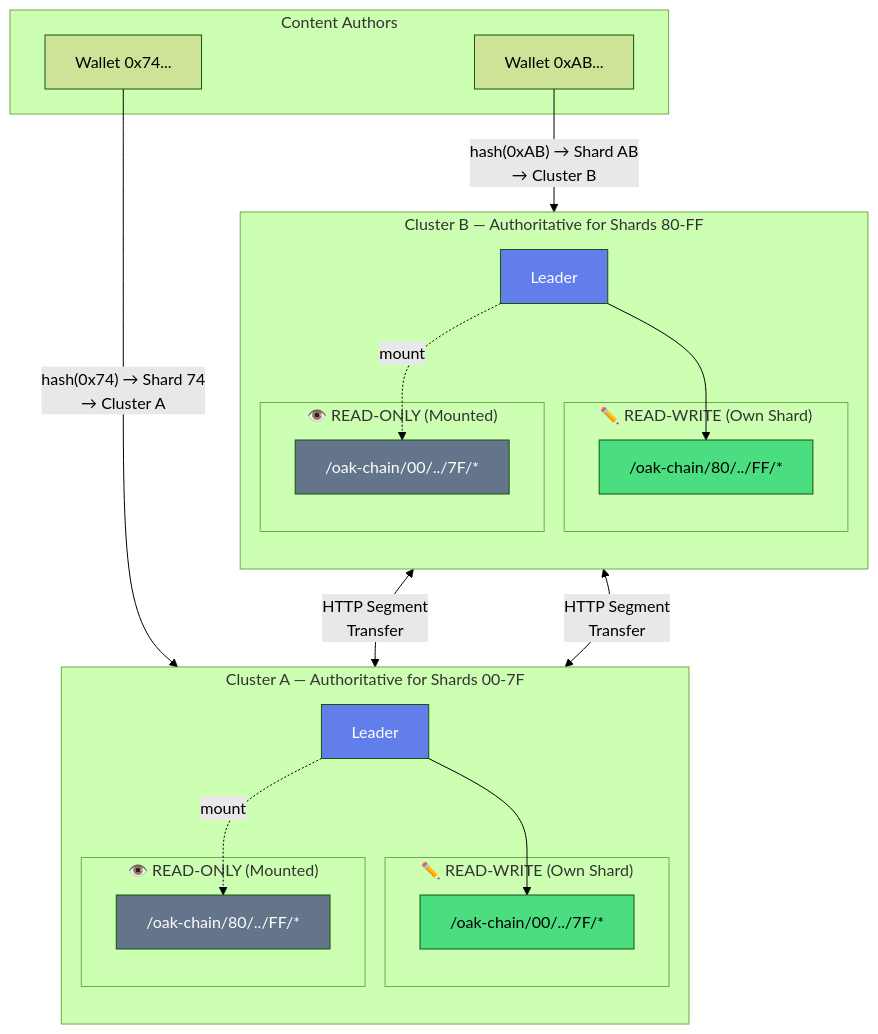
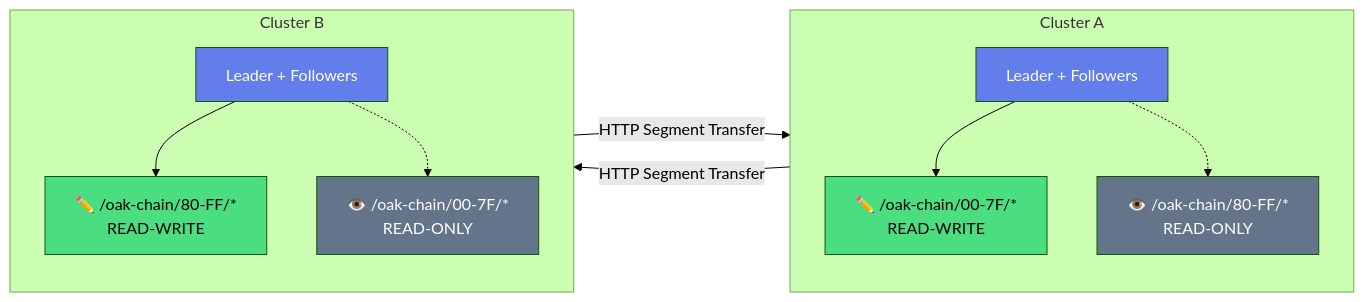
The diagram in index.md (somarc/oak-chain-docs), drawn with Mermaid (forest theme) before and after one commit. The commit also changed other lines of this file, not shown here.

Commit message:
fix: Simplify diagram - focus on cluster sovereignty
- Removed confusing 'Content Authors' top bar
- Horizontal layout showing two clusters side-by-side
- Clear READ-WRITE (green) vs READ-ONLY (gray) distinction
- HTTP Segment Transfer arrows between clusters
- Concise table and wallet routing explanation below

````diff
--- a/index.md
+++ b/index.md
@@ -51,44 +51,30 @@
 ```mermaid
-graph TB
-    subgraph Authors["Content Authors"]
-        A1["Wallet 0x74..."]
-        A2["Wallet 0xAB..."]
+graph LR
+    subgraph ClusterA["Cluster A"]
+        direction TB
+        LA[Leader + Followers]
+        SA["✏️ /oak-chain/00-7F/*<br/>READ-WRITE"]
+        MA["👁️ /oak-chain/80-FF/*<br/>READ-ONLY"]
+        LA --> SA
+        LA -.-> MA
     end
     
-    subgraph ClusterA["Cluster A — Authoritative for Shards 00-7F"]
+    subgraph ClusterB["Cluster B"]
         direction TB
-        subgraph WriteA["✏️ READ-WRITE (Own Shard)"]
-            SA["/oak-chain/00/../7F/*"]
-        end
-        subgraph ReadA["👁️ READ-ONLY (Mounted)"]
-            MA["/oak-chain/80/../FF/*"]
-        end
-        LA[Leader] --> SA
-        LA -.->|mount| MA
+        LB[Leader + Followers]
+        SB["✏️ /oak-chain/80-FF/*<br/>READ-WRITE"]
+        MB["👁️ /oak-chain/00-7F/*<br/>READ-ONLY"]
+        LB --> SB
+        LB -.-> MB
     end
     
-    subgraph ClusterB["Cluster B — Authoritative for Shards 80-FF"]
-        direction TB
-        subgraph WriteB["✏️ READ-WRITE (Own Shard)"]
-            SB["/oak-chain/80/../FF/*"]
-        end
-        subgraph ReadB["👁️ READ-ONLY (Mounted)"]
-            MB["/oak-chain/00/../7F/*"]
-        end
-        LB[Leader] --> SB
-        LB -.->|mount| MB
-    end
+    SA -->|"HTTP Segment Transfer"| MB
+    SB -->|"HTTP Segment Transfer"| MA
     
-    A1 -->|"hash(0x74) → Shard 74<br/>→ Cluster A"| LA
-    A2 -->|"hash(0xAB) → Shard AB<br/>→ Cluster B"| LB
-    
-    SA <-->|"HTTP Segment<br/>Transfer"| MB
-    SB <-->|"HTTP Segment<br/>Transfer"| MA
-    
-    style LA fill:#627EEA,color:#fff
-    style LB fill:#627EEA,color:#fff
     style SA fill:#4ade80,color:#000
     style SB fill:#4ade80,color:#000
     style MA fill:#64748b,color:#fff
     style MB fill:#64748b,color:#fff
+    style LA fill:#627EEA,color:#fff
+    style LB fill:#627EEA,color:#fff
 ```
````
